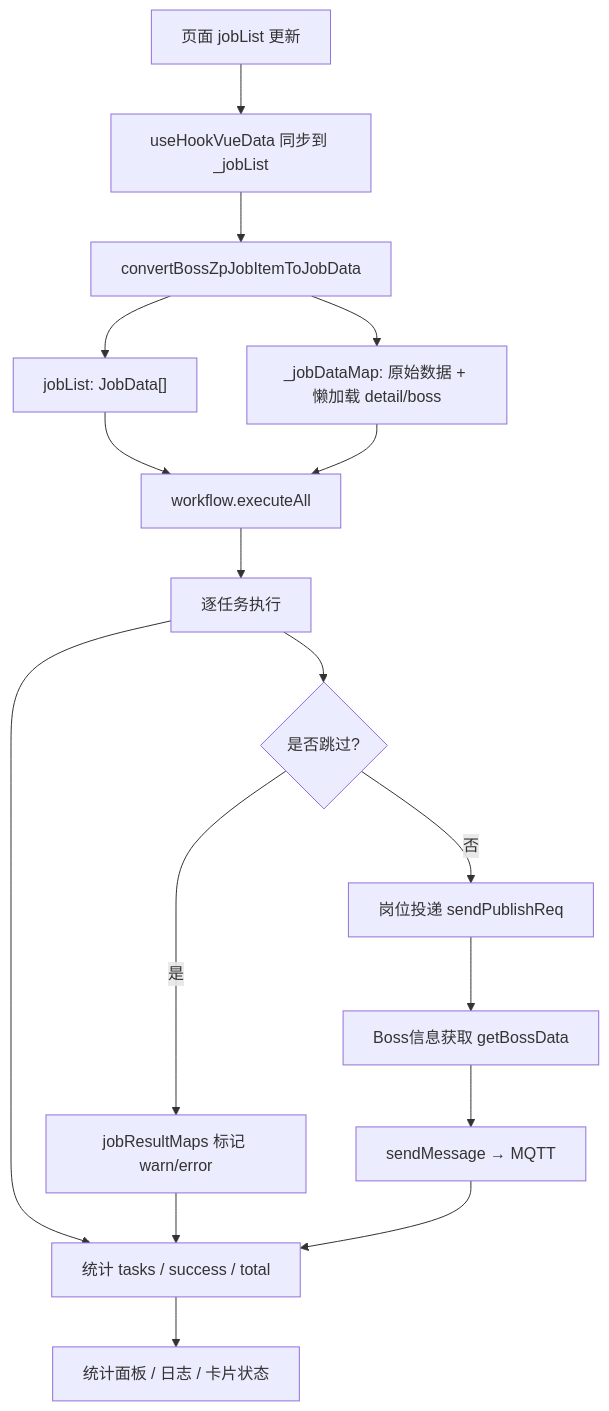
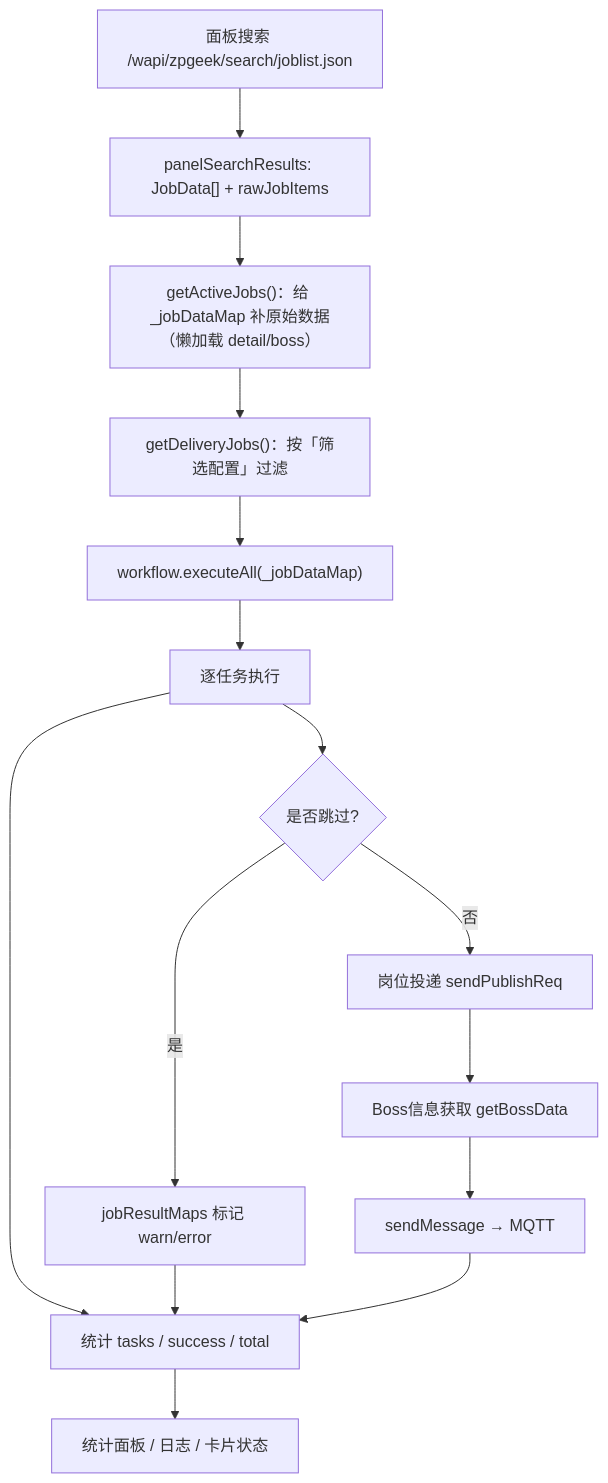
The fourth of 4 diagrams in docs/02-系统架构.md (hollyxun/boss-helper), drawn with Mermaid before and after one commit. The commit also changed other lines of this file and 12 other files, not shown here.

````diff
--- a/docs/02-系统架构.md
+++ b/docs/02-系统架构.md
@@ -260,19 +247,17 @@
 ```mermaid
 flowchart TD
-  A["页面 jobList 更新"] --> B["useHookVueData 同步到 _jobList"]
-  B --> C["convertBossZpJobItemToJobData"]
-  C --> D["jobList: JobData[]"]
-  C --> E["_jobDataMap: 原始数据 + 懒加载 detail/boss"]
-  D --> F["workflow.executeAll"]
-  E --> F
+  A["面板搜索 /wapi/zpgeek/search/joblist.json"] --> B["panelSearchResults: JobData[] + rawJobItems"]
+  B --> C["getActiveJobs()：给 _jobDataMap 补原始数据（懒加载 detail/boss）"]
+  C --> D["getDeliveryJobs()：按「筛选配置」过滤"]
+  D --> F["workflow.executeAll(_jobDataMap)"]
   F --> G["逐任务执行"]
   G --> H{"是否跳过?"}
   H -->|是| I["jobResultMaps 标记 warn/error"]
   H -->|否| J["岗位投递 sendPublishReq"]
   J --> K["Boss信息获取 getBossData"]
   K --> L["sendMessage → MQTT"]
   G --> M["统计 tasks / success / total"]
   I --> M
   L --> M
   M --> N["统计面板 / 日志 / 卡片状态"]
 ```
````
